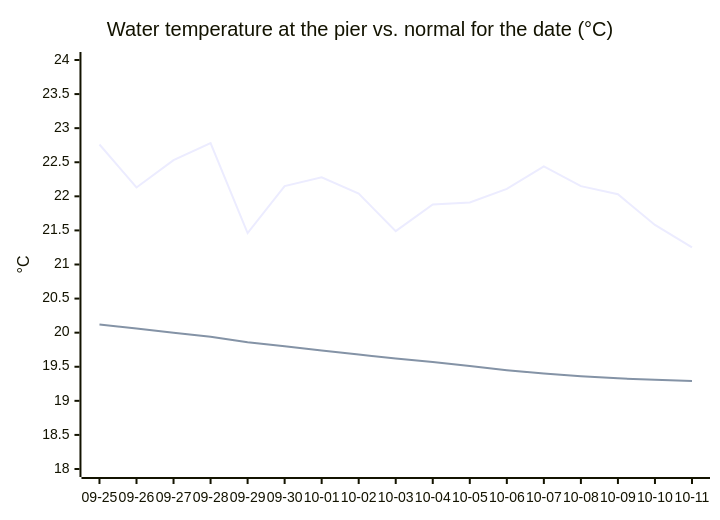
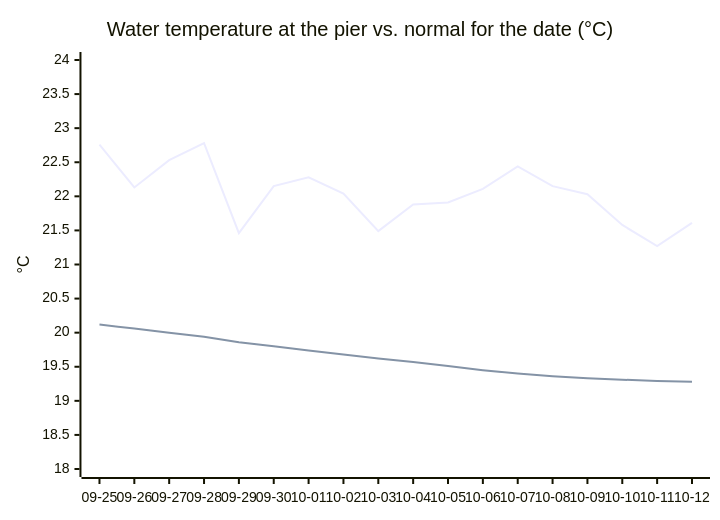
One commit to joshuafrommeyer-35/PierTracker changed the third of 3 diagrams in README.md. Above: the diagram before and after it, drawn with Mermaid. The commit also changed other lines of this file and 5 other files, not shown here.

````diff
--- a/README.md
+++ b/README.md
@@ -160,8 +160,8 @@
 ```mermaid
 xychart-beta
     title "Water temperature at the pier vs. normal for the date (°C)"
-    x-axis ["09-25", "09-26", "09-27", "09-28", "09-29", "09-30", "10-01", "10-02", "10-03", "10-04", "10-05", "10-06", "10-07", "10-08", "10-09", "10-10", "10-11"]
+    x-axis ["09-25", "09-26", "09-27", "09-28", "09-29", "09-30", "10-01", "10-02", "10-03", "10-04", "10-05", "10-06", "10-07", "10-08", "10-09", "10-10", "10-11", "10-12"]
     y-axis "°C" 18 --> 24
-    line [22.76, 22.13, 22.53, 22.78, 21.46, 22.15, 22.28, 22.04, 21.49, 21.88, 21.91, 22.11, 22.44, 22.15, 22.03, 21.58, 21.25]
-    line [20.12, 20.06, 20.0, 19.94, 19.86, 19.8, 19.74, 19.68, 19.62, 19.57, 19.51, 19.45, 19.4, 19.36, 19.33, 19.31, 19.29]
+    line [22.76, 22.13, 22.53, 22.78, 21.46, 22.15, 22.28, 22.04, 21.49, 21.88, 21.91, 22.11, 22.44, 22.15, 22.03, 21.58, 21.27, 21.61]
+    line [20.12, 20.06, 20.0, 19.94, 19.86, 19.8, 19.74, 19.68, 19.62, 19.57, 19.51, 19.45, 19.4, 19.36, 19.33, 19.31, 19.29, 19.28]
 ```
````
